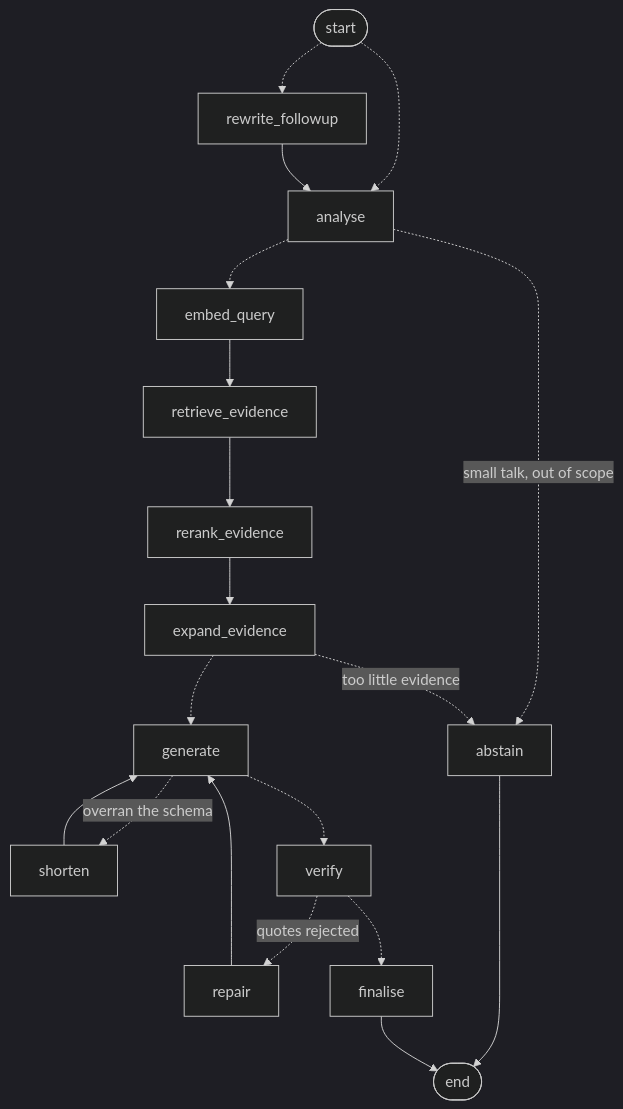
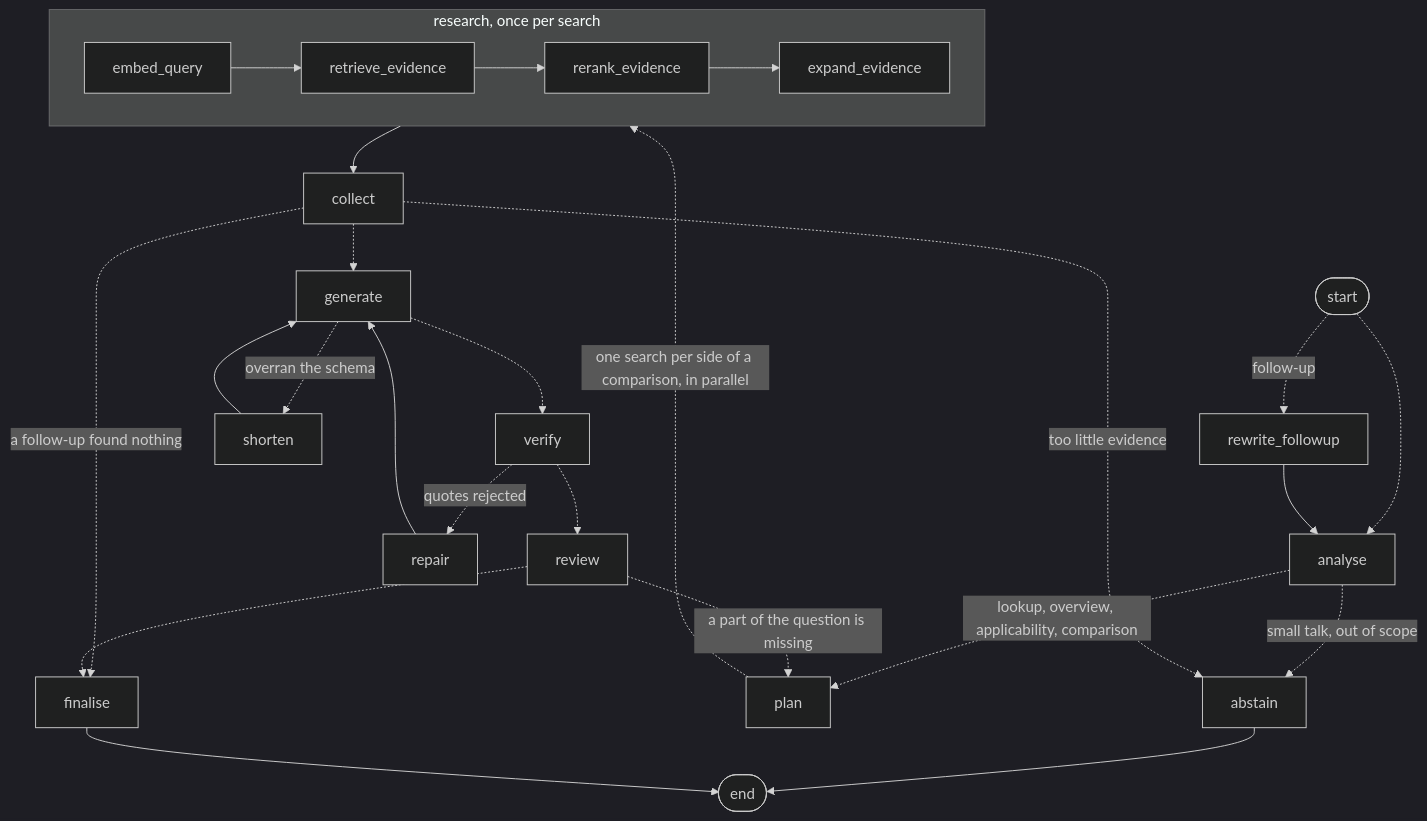
The diagram in README.md (Sam-khanjani/EU-AI-Data-Regulation-Assistant), drawn with Mermaid (dark theme) before and after one commit. The commit also changed other lines of this file and 11 other files, not shown here.

Commit message:
update graph

````diff
--- a/README.md
+++ b/README.md
@@ -111,15 +113,24 @@
 ```mermaid
 graph TD;
-	__start__([start]) -.-> rewrite_followup & analyse
+	__start__([start]) -.->|follow-up| rewrite_followup
+	__start__ -.-> analyse
 	rewrite_followup --> analyse
 	analyse -.->|small talk, out of scope| abstain
-	analyse -.-> embed_query --> retrieve_evidence --> rerank_evidence --> expand_evidence
-	expand_evidence -.->|too little evidence| abstain
-	expand_evidence -.-> generate
+	analyse -.->|lookup, overview, applicability, comparison| plan
+	plan -.->|one search per side of a comparison, in parallel| research
+	subgraph research [research, once per search]
+		embed_query --> retrieve_evidence --> rerank_evidence --> expand_evidence
+	end
+	research --> collect
+	collect -.->|too little evidence| abstain
+	collect -.->|a follow-up found nothing| finalise
+	collect -.-> generate
 	generate -.->|overran the schema| shorten --> generate
 	generate -.-> verify
 	verify -.->|quotes rejected| repair --> generate
-	verify -.-> finalise
+	verify -.-> review
+	review -.->|a part of the question is missing| plan
+	review -.-> finalise
 	abstain --> __end__([end])
 	finalise --> __end__
 ```
````
